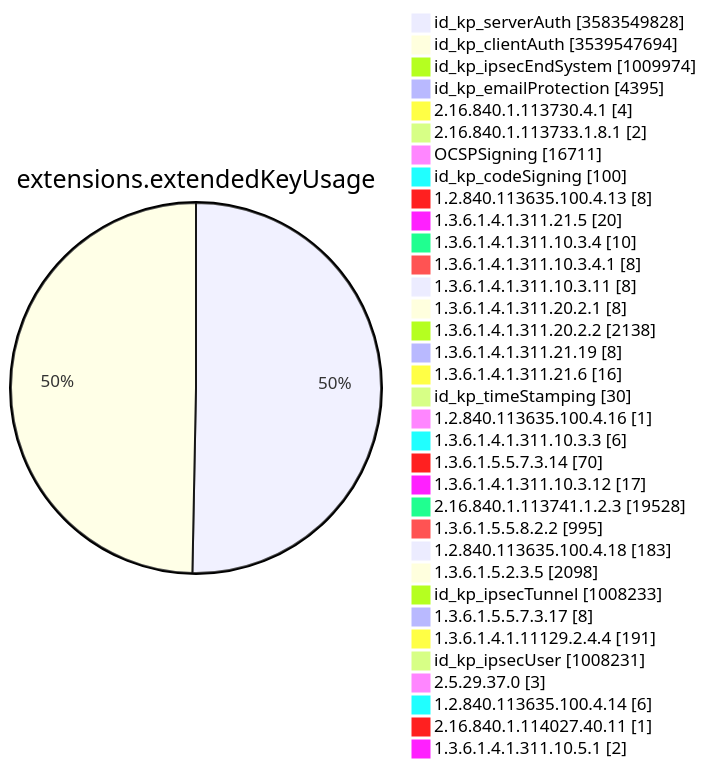
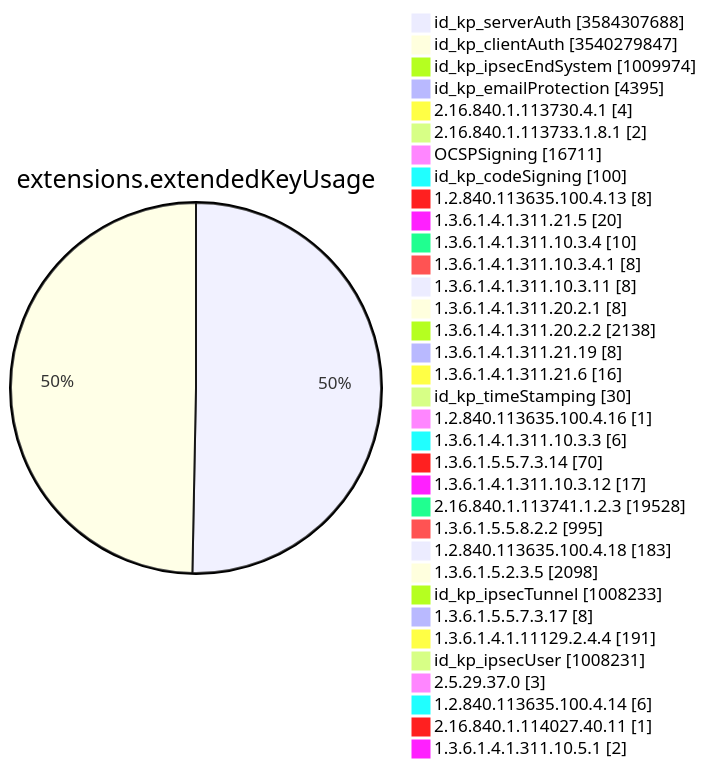
Diagram 11 of 15 in TOTAL/README.md (christiankrug/ctmonitor_visualization), drawn with Mermaid before and after one commit. The commit also changed other lines of this file, not shown here.

````diff
--- a/TOTAL/README.md
+++ b/TOTAL/README.md
@@ -4128,38 +4128,38 @@
 ```mermaid
 pie showData
 title extensions.extendedKeyUsage
-"id_kp_serverAuth" :3583549828
-"id_kp_clientAuth" :3539547694
+"id_kp_serverAuth" :3584307688
+"id_kp_clientAuth" :3540279847
 "id_kp_ipsecEndSystem" :1009974
 "id_kp_emailProtection" :4395
 "2.16.840.1.113730.4.1" :4
 "2.16.840.1.113733.1.8.1" :2
 "OCSPSigning" :16711
 "id_kp_codeSigning" :100
 "1.2.840.113635.100.4.13" :8
 "1.3.6.1.4.1.311.21.5" :20
 "1.3.6.1.4.1.311.10.3.4" :10
 "1.3.6.1.4.1.311.10.3.4.1" :8
 "1.3.6.1.4.1.311.10.3.11" :8
 "1.3.6.1.4.1.311.20.2.1" :8
 "1.3.6.1.4.1.311.20.2.2" :2138
 "1.3.6.1.4.1.311.21.19" :8
 "1.3.6.1.4.1.311.21.6" :16
 "id_kp_timeStamping" :30
 "1.2.840.113635.100.4.16" :1
 "1.3.6.1.4.1.311.10.3.3" :6
 "1.3.6.1.5.5.7.3.14" :70
 "1.3.6.1.4.1.311.10.3.12" :17
 "2.16.840.1.113741.1.2.3" :19528
 "1.3.6.1.5.5.8.2.2" :995
 "1.2.840.113635.100.4.18" :183
 "1.3.6.1.5.2.3.5" :2098
 "id_kp_ipsecTunnel" :1008233
 "1.3.6.1.5.5.7.3.17" :8
 "1.3.6.1.4.1.11129.2.4.4" :191
 "id_kp_ipsecUser" :1008231
 "2.5.29.37.0" :3
 "1.2.840.113635.100.4.14" :6
 "2.16.840.1.114027.40.11" :1
 "1.3.6.1.4.1.311.10.5.1" :2
 ```
````
